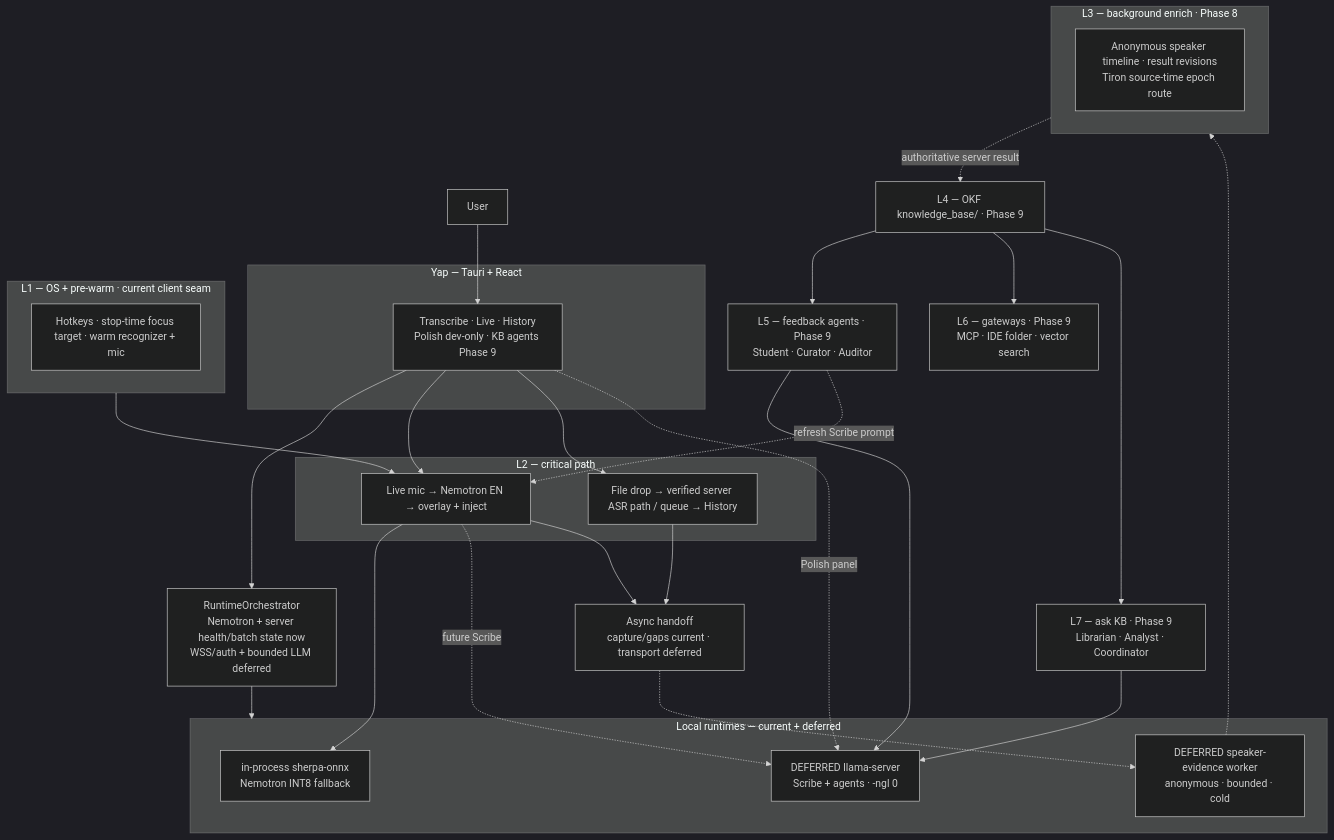
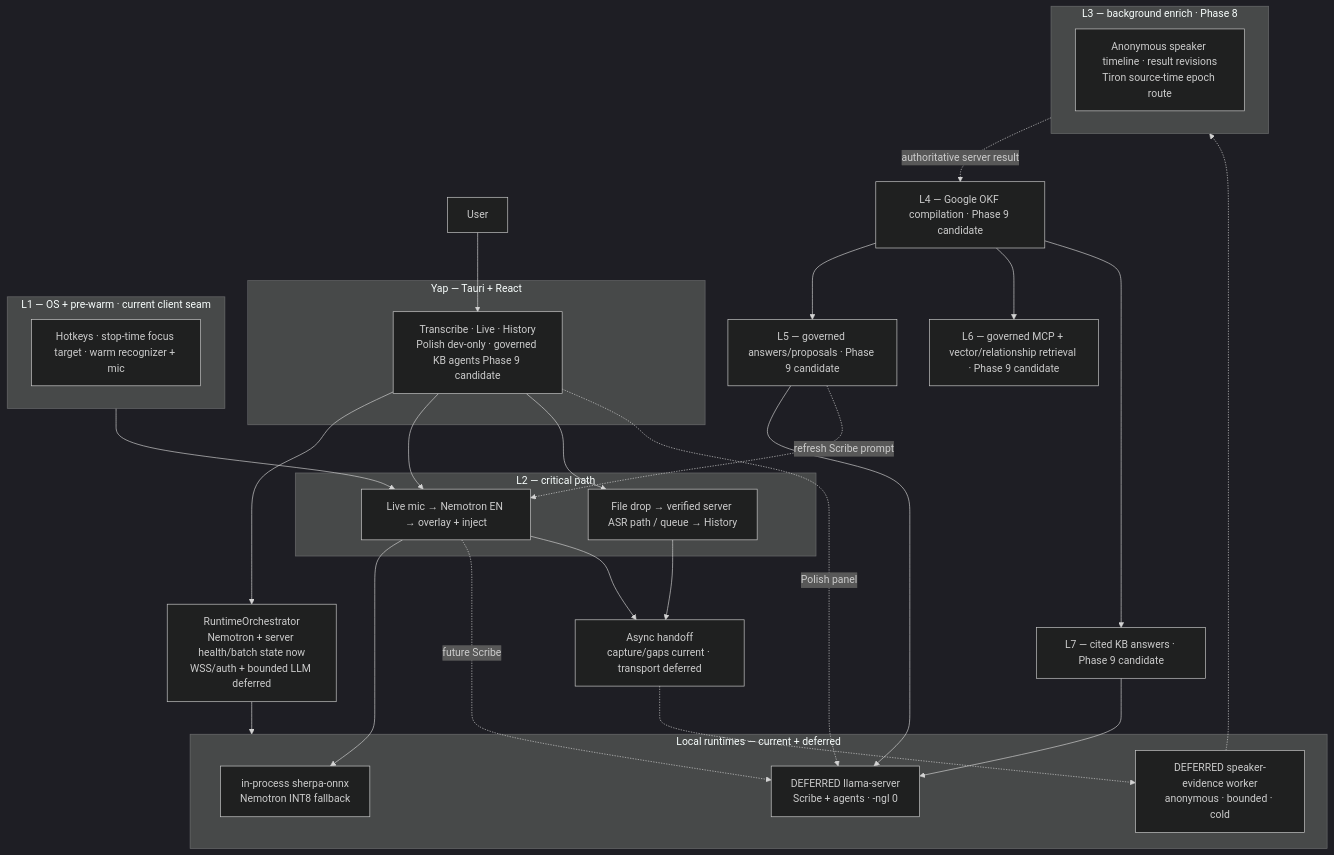
Before and after one commit to ZoOtMcNoOt/yap: the first of 4 diagrams in docs/VOICE-OS-ARCHITECTURE.md, drawn with Mermaid (dark theme). The commit also changed other lines of this file and 27 other files, not shown here.

Commit message:
feat: add governed knowledge qualification gate

````diff
--- a/docs/VOICE-OS-ARCHITECTURE.md
+++ b/docs/VOICE-OS-ARCHITECTURE.md
@@ -128,54 +128,54 @@
 ```mermaid
 flowchart TB
     User["User"]
 
     subgraph Yap["Yap — Tauri + React"]
-        UI["Transcribe · Live · History<br/>Polish dev-only · KB agents Phase 9"]
+        UI["Transcribe · Live · History<br/>Polish dev-only · governed KB agents Phase 9 candidate"]
     end
 
     Orch["RuntimeOrchestrator<br/>Nemotron + server health/batch state now<br/>WSS/auth + bounded LLM deferred"]
 
     subgraph Sidecars["Local runtimes — current + deferred"]
         CR["in-process sherpa-onnx<br/>Nemotron INT8 fallback"]
         LL["DEFERRED llama-server<br/>Scribe + agents · -ngl 0"]
         KW["DEFERRED speaker-evidence worker<br/>anonymous · bounded · cold"]
     end
 
     subgraph L1["L1 — OS + pre-warm · current client seam"]
         L1n["Hotkeys · stop-time focus target · warm recognizer + mic"]
     end
 
     subgraph L2["L2 — critical path"]
         Live["Live mic → Nemotron EN → overlay + inject"]
         Batch["File drop → verified server ASR path / queue → History"]
     end
 
     Handoff["Async handoff<br/>capture/gaps current · transport deferred"]
 
     subgraph L3["L3 — background enrich · Phase 8"]
         L3n["Anonymous speaker timeline · result revisions<br/>Tiron source-time epoch route"]
     end
 
-    L4["L4 — OKF knowledge_base/ · Phase 9"]
-    L5["L5 — feedback agents · Phase 9<br/>Student · Curator · Auditor"]
-    L6["L6 — gateways · Phase 9<br/>MCP · IDE folder · vector search"]
-    L7["L7 — ask KB · Phase 9<br/>Librarian · Analyst · Coordinator"]
+    L4["L4 — Google OKF compilation · Phase 9 candidate"]
+    L5["L5 — governed answers/proposals · Phase 9 candidate"]
+    L6["L6 — governed MCP + vector/relationship retrieval · Phase 9 candidate"]
+    L7["L7 — cited KB answers · Phase 9 candidate"]
 
     User --> UI --> Orch
     Orch --> Sidecars
     L1 --> Live
     UI --> Live
     UI --> Batch
     Live --> CR
     Live -.->|future Scribe| LL
     UI -.->|Polish panel| LL
     Live --> Handoff
     Batch --> Handoff
     Handoff -.-> KW
     KW -.-> L3
     L3 -.->|authoritative server result| L4
     L4 --> L5 & L6 & L7
     L5 --> LL
     L7 --> LL
     L5 -.->|refresh Scribe prompt| Live
 ```
````
